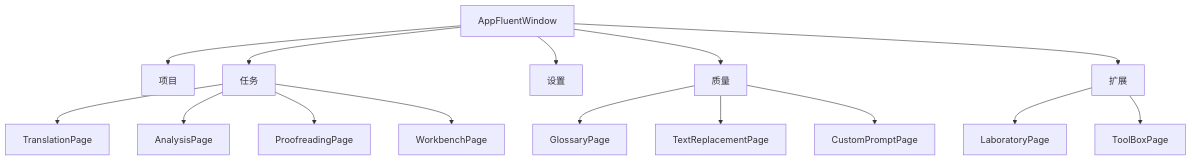
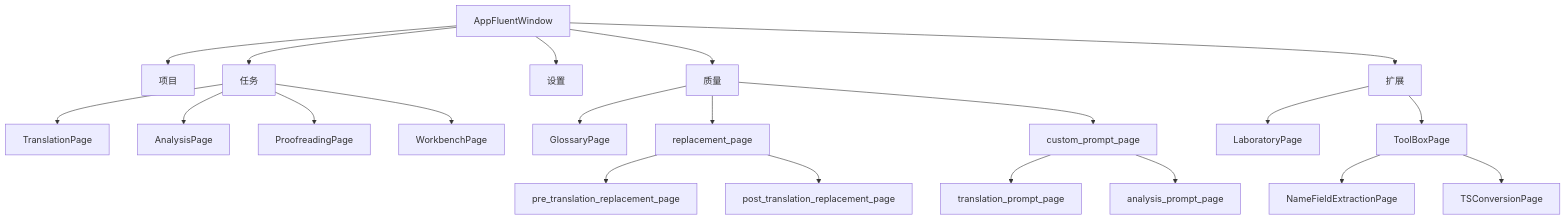
Before and after one commit to neavo/LinguaGacha: the diagram in docs/FRONTEND.md, drawn with Mermaid. The commit also changed other lines of this file and 3 other files, not shown here.

````diff
--- a/docs/FRONTEND.md
+++ b/docs/FRONTEND.md
@@ -19,17 +19,23 @@
 ```mermaid
 flowchart TD
     A["AppFluentWindow"] --> B["项目"]
     A --> C["任务"]
     A --> D["设置"]
     A --> E["质量"]
     A --> F["扩展"]
     C --> C1["TranslationPage"]
     C --> C2["AnalysisPage"]
     C --> C3["ProofreadingPage"]
     C --> C4["WorkbenchPage"]
     E --> E1["GlossaryPage"]
-    E --> E2["TextReplacementPage"]
-    E --> E3["CustomPromptPage"]
+    E --> E2["replacement_page"]
+    E2 --> E21["pre_translation_replacement_page"]
+    E2 --> E22["post_translation_replacement_page"]
+    E --> E3["custom_prompt_page"]
+    E3 --> E31["translation_prompt_page"]
+    E3 --> E32["analysis_prompt_page"]
     F --> F1["LaboratoryPage"]
     F --> F2["ToolBoxPage"]
+    F2 --> F21["NameFieldExtractionPage"]
+    F2 --> F22["TSConversionPage"]
 ```
````
